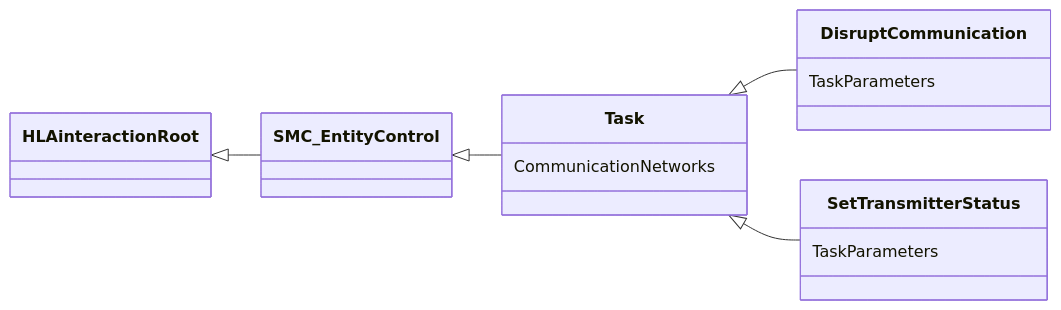
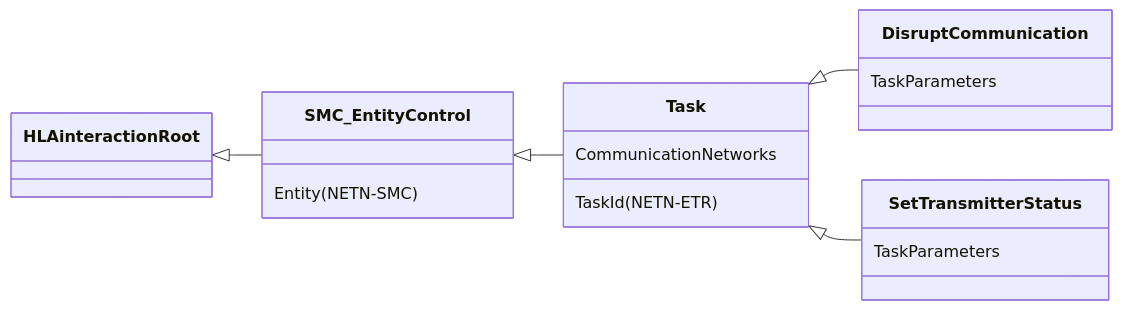
The second of 2 diagrams in NETN-COM.md (AMSP-04/NETN-COM), drawn with Mermaid before and after one commit. The commit also changed other lines of this file and 1 other file, not shown here.

````diff
--- a/NETN-COM.md
+++ b/NETN-COM.md
@@ -180,11 +204,13 @@
 ```mermaid
 classDiagram 
 direction LR
 HLAinteractionRoot <|-- SMC_EntityControl
 SMC_EntityControl <|-- Task
+SMC_EntityControl : Entity(NETN-SMC)
 Task <|-- DisruptCommunication
 Task <|-- SetTransmitterStatus
 Task : CommunicationNetworks
+Task : TaskId(NETN-ETR)
 DisruptCommunication : TaskParameters
 SetTransmitterStatus : TaskParameters
 ```
````
